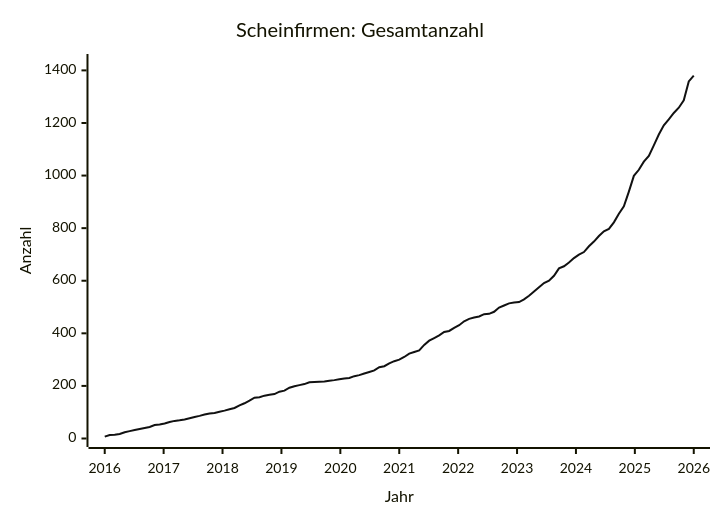
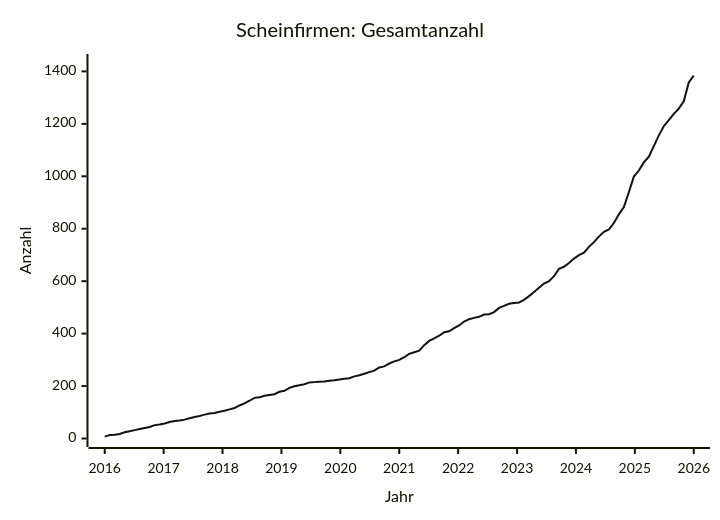
One commit to arjoma/scheinfirmen-at changed the diagram in data/STATS.md. Above: the diagram before and after it, drawn with Mermaid. The commit also changed other lines of this file and 3 other files, not shown here.

````diff
--- a/data/STATS.md
+++ b/data/STATS.md
@@ -9,13 +9,13 @@
 ```mermaid
 ---
 config:
   themeVariables:
     xyChart:
       plotColorPalette: "#111111"
 ---
 xychart-beta
     title "Scheinfirmen: Gesamtanzahl"
     x-axis "Jahr" 2016 --> 2026
-    y-axis "Anzahl" 0 --> 1430
-    line [7, 13, 14, 17, 24, 28, 32, 36, 40, 44, 51, 53, 57, 63, 67, 69, 72, 77, 82, 86, 91, 95, 97, 102, 106, 111, 116, 126, 134, 144, 155, 157, 163, 166, 169, 178, 182, 193, 199, 203, 207, 214, 215, 216, 217, 220, 222, 225, 228, 230, 237, 241, 247, 253, 259, 271, 275, 286, 294, 300, 310, 323, 329, 335, 356, 372, 382, 392, 405, 409, 421, 431, 446, 455, 460, 464, 473, 474, 482, 498, 506, 514, 517, 519, 529, 543, 559, 575, 591, 600, 619, 647, 655, 669, 686, 699, 709, 731, 749, 770, 788, 797, 822, 855, 883, 939, 999, 1022, 1053, 1075, 1115, 1156, 1191, 1214, 1238, 1258, 1286, 1358, 1380]
+    y-axis "Anzahl" 0 --> 1434
+    line [7, 13, 14, 17, 24, 28, 32, 36, 40, 44, 51, 53, 57, 63, 67, 69, 72, 77, 82, 86, 91, 95, 97, 102, 106, 111, 116, 126, 134, 144, 155, 157, 163, 166, 169, 178, 182, 193, 199, 203, 207, 214, 215, 216, 217, 220, 222, 225, 228, 230, 237, 241, 247, 253, 259, 271, 275, 286, 294, 300, 310, 323, 329, 335, 356, 372, 382, 392, 405, 409, 421, 431, 446, 455, 460, 464, 473, 474, 482, 498, 506, 514, 517, 519, 529, 543, 559, 575, 591, 600, 619, 647, 655, 669, 686, 699, 709, 731, 749, 770, 788, 797, 822, 855, 883, 939, 999, 1022, 1053, 1075, 1115, 1156, 1191, 1214, 1238, 1258, 1286, 1358, 1384]
 ```
````
